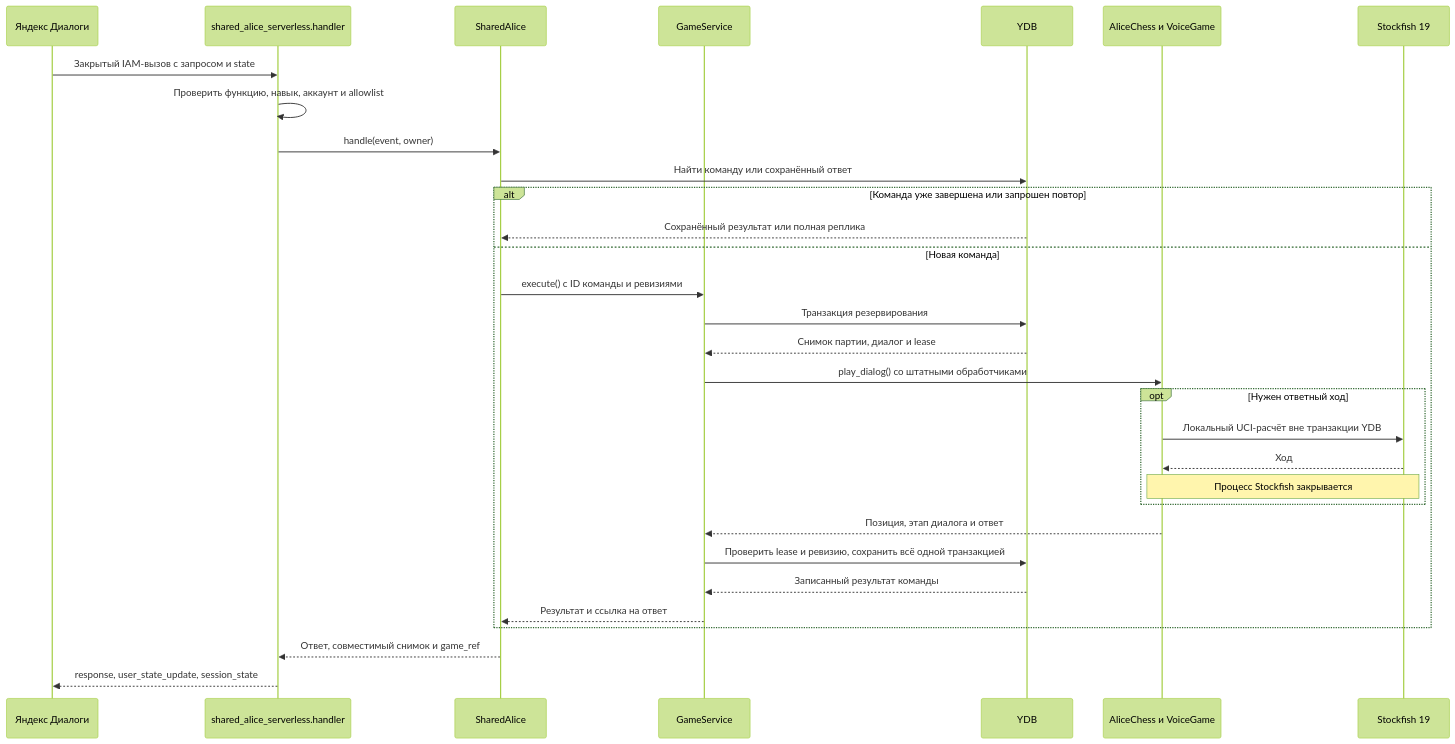
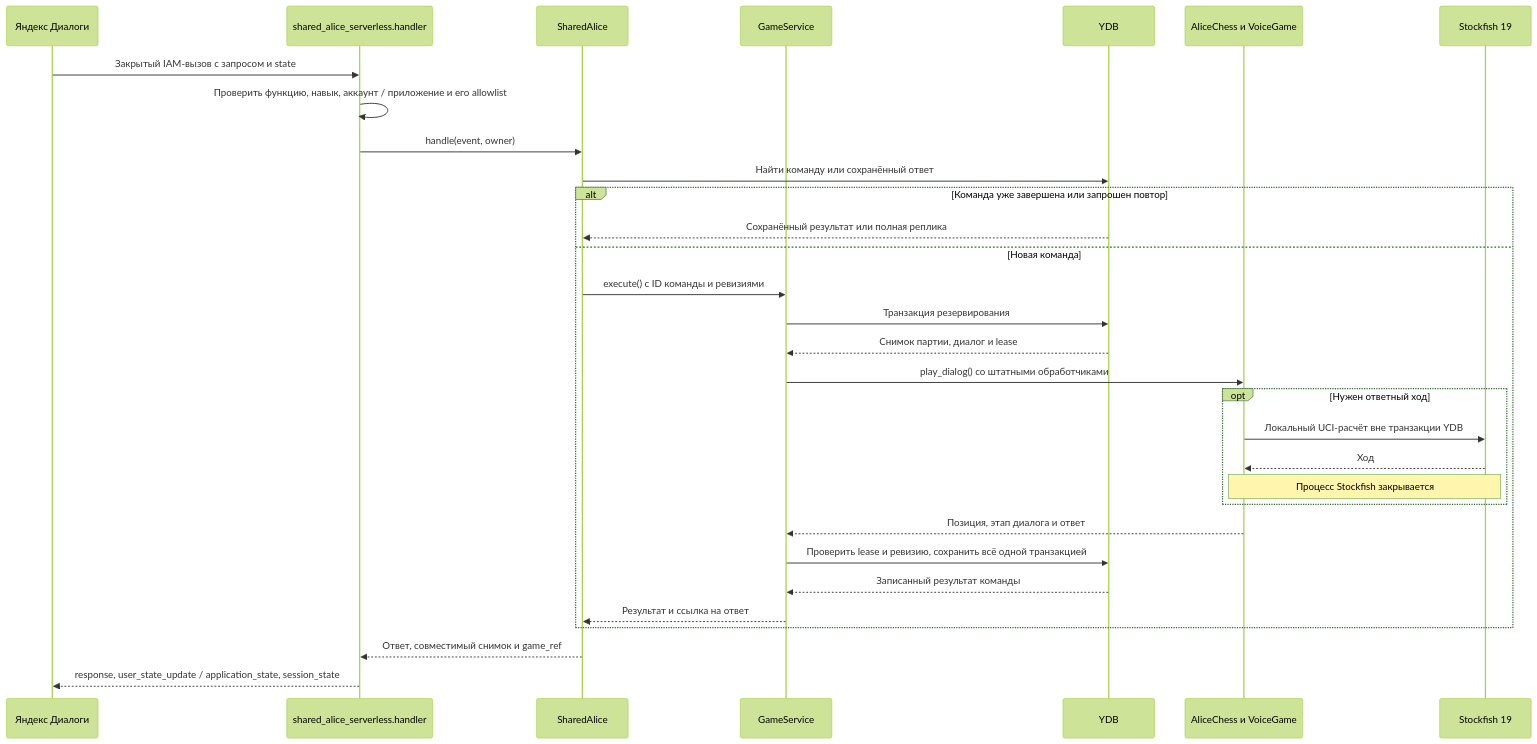
Before and after one commit to axtrace/alisa_chess: the second of 2 diagrams in docs/diagrams/sd_request_processing.md, drawn with Mermaid (forest theme). The commit also changed other lines of this file and 25 other files, not shown here.

````diff
--- a/docs/diagrams/sd_request_processing.md
+++ b/docs/diagrams/sd_request_processing.md
@@ -42,33 +43,33 @@
 ```mermaid
 sequenceDiagram
     participant D as Яндекс Диалоги
     participant F as shared_alice_serverless.handler
     participant A as SharedAlice
     participant S as GameService
     participant DB as YDB
     participant C as AliceChess и VoiceGame
     participant E as Stockfish 19
     D->>F: Закрытый IAM-вызов с запросом и state
-    F->>F: Проверить функцию, навык, аккаунт и allowlist
+    F->>F: Проверить функцию, навык, аккаунт / приложение и его allowlist
     F->>A: handle(event, owner)
     A->>DB: Найти команду или сохранённый ответ
     alt Команда уже завершена или запрошен повтор
         DB-->>A: Сохранённый результат или полная реплика
     else Новая команда
         A->>S: execute() с ID команды и ревизиями
         S->>DB: Транзакция резервирования
         DB-->>S: Снимок партии, диалог и lease
         S->>C: play_dialog() со штатными обработчиками
         opt Нужен ответный ход
             C->>E: Локальный UCI-расчёт вне транзакции YDB
             E-->>C: Ход
             Note over C,E: Процесс Stockfish закрывается
         end
         C-->>S: Позиция, этап диалога и ответ
         S->>DB: Проверить lease и ревизию, сохранить всё одной транзакцией
         DB-->>S: Записанный результат команды
         S-->>A: Результат и ссылка на ответ
     end
     A-->>F: Ответ, совместимый снимок и game_ref
-    F-->>D: response, user_state_update, session_state
+    F-->>D: response, user_state_update / application_state, session_state
 ```
````
